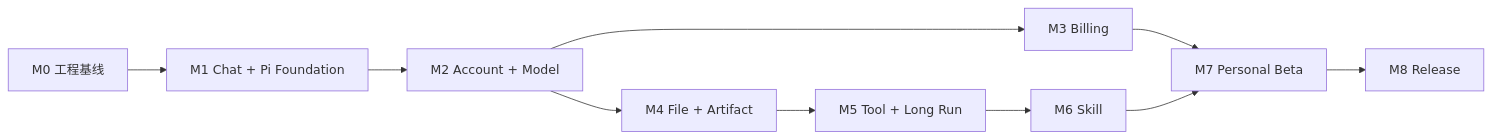
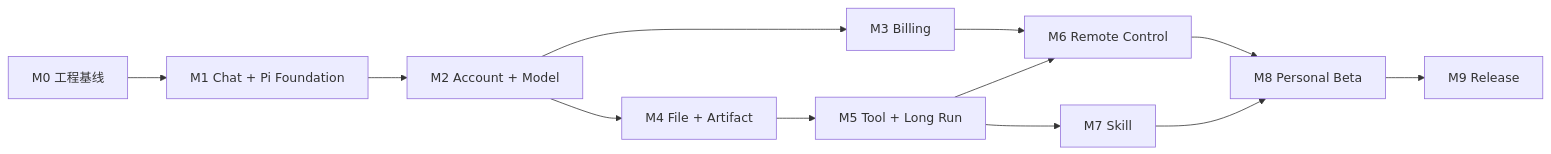
Before and after one commit to openerserver/openerx: the diagram in docs/v2/13-development-plan.md, drawn with Mermaid. The commit also changed other lines of this file and 95 other files, not shown here.

````diff
--- a/docs/v2/13-development-plan.md
+++ b/docs/v2/13-development-plan.md
@@ -46,12 +49,14 @@
 ```mermaid
 flowchart LR
   M0["M0 工程基线"] --> M1["M1 Chat + Pi Foundation"]
   M1 --> M2["M2 Account + Model"]
   M2 --> M3["M3 Billing"]
   M2 --> M4["M4 File + Artifact"]
   M4 --> M5["M5 Tool + Long Run"]
-  M5 --> M6["M6 Skill"]
-  M3 --> M7["M7 Personal Beta"]
-  M6 --> M7
-  M7 --> M8["M8 Release"]
+  M3 --> M6["M6 Remote Control"]
+  M5 --> M6
+  M5 --> M7["M7 Skill"]
+  M6 --> M8["M8 Personal Beta"]
+  M7 --> M8
+  M8 --> M9["M9 Release"]
 ```
````
